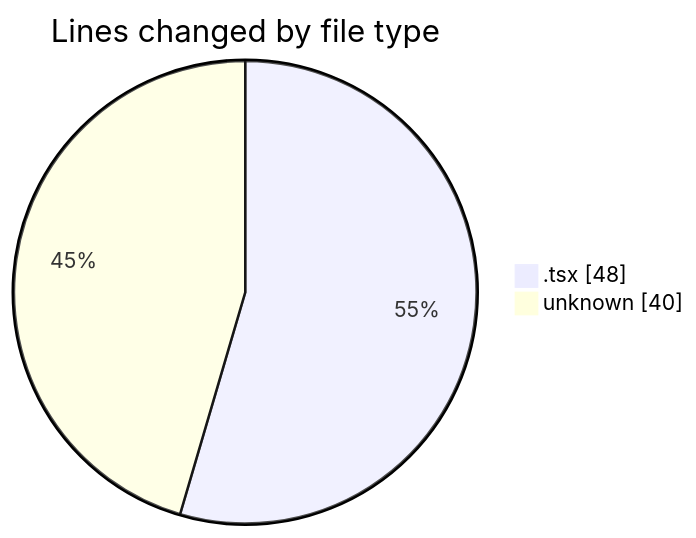
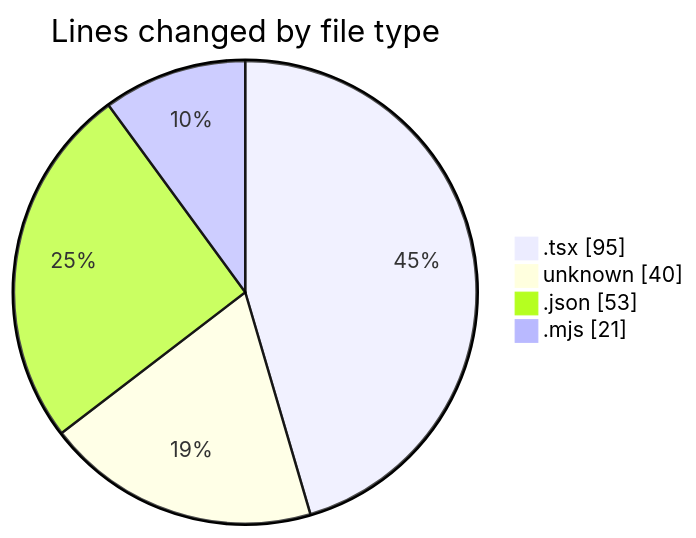
The first of 2 diagrams in 2025-05-26/elitesun/README.md (Elitesun/code-tracking), drawn with Mermaid before and after one commit. The commit also changed other lines of this file and 1 other file, not shown here.

````diff
--- a/2025-05-26/elitesun/README.md
+++ b/2025-05-26/elitesun/README.md
@@ -22,6 +24,8 @@
 ```mermaid
 pie showData
 title Lines changed by file type
-".tsx" : 48
+".tsx" : 95
 "unknown" : 40
+".json" : 53
+".mjs" : 21
 ```
````
